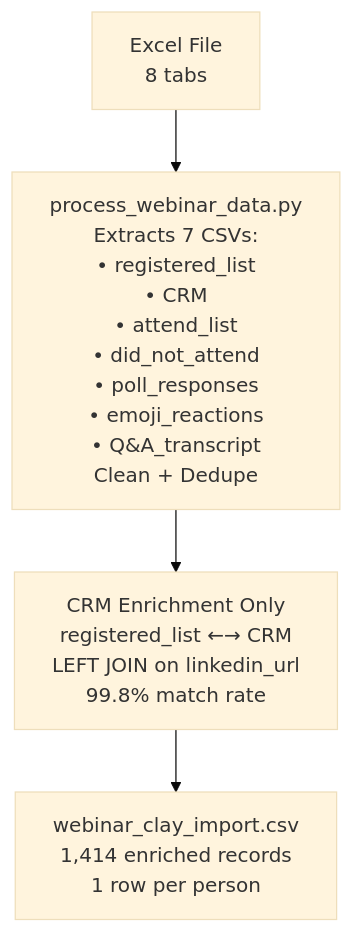
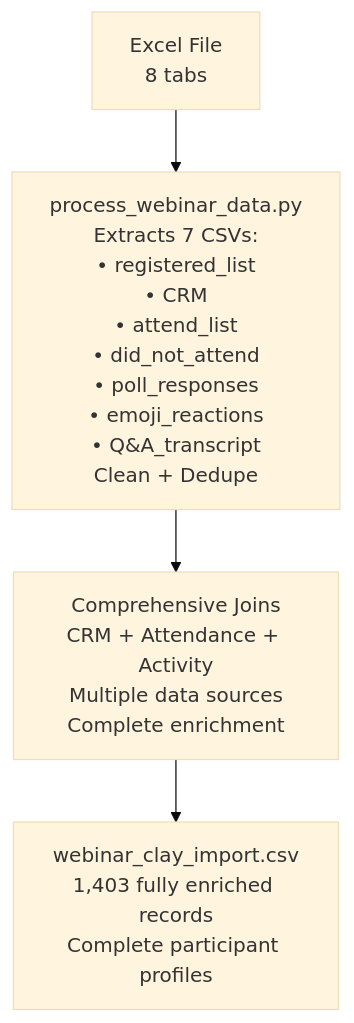
Before and after one commit to frankterpo/clay_gtm: the diagram in README.md, drawn with Mermaid (base theme). The commit also changed other lines of this file and 1 other file, not shown here.

First line of the commit message:
✅ IMPLEMENT COMPREHENSIVE DATA JOINS - ALL 7 Excel CSVs Now Joined!

````diff
--- a/README.md
+++ b/README.md
@@ -39,6 +39,6 @@
 ```mermaid
 flowchart TD
     A[Excel File<br/>8 tabs] --> B[process_webinar_data.py<br/>Extracts 7 CSVs:<br/>• registered_list<br/>• CRM<br/>• attend_list<br/>• did_not_attend<br/>• poll_responses<br/>• emoji_reactions<br/>• Q&A_transcript<br/>Clean + Dedupe]
-    B --> C[CRM Enrichment Only<br/>registered_list ←→ CRM<br/>LEFT JOIN on linkedin_url<br/>99.8% match rate]
-    C --> D[webinar_clay_import.csv<br/>1,414 enriched records<br/>1 row per person]
+    B --> C[Comprehensive Joins<br/>CRM + Attendance + Activity<br/>Multiple data sources<br/>Complete enrichment]
+    C --> D[webinar_clay_import.csv<br/>1,403 fully enriched records<br/>Complete participant profiles]
 ```
````
